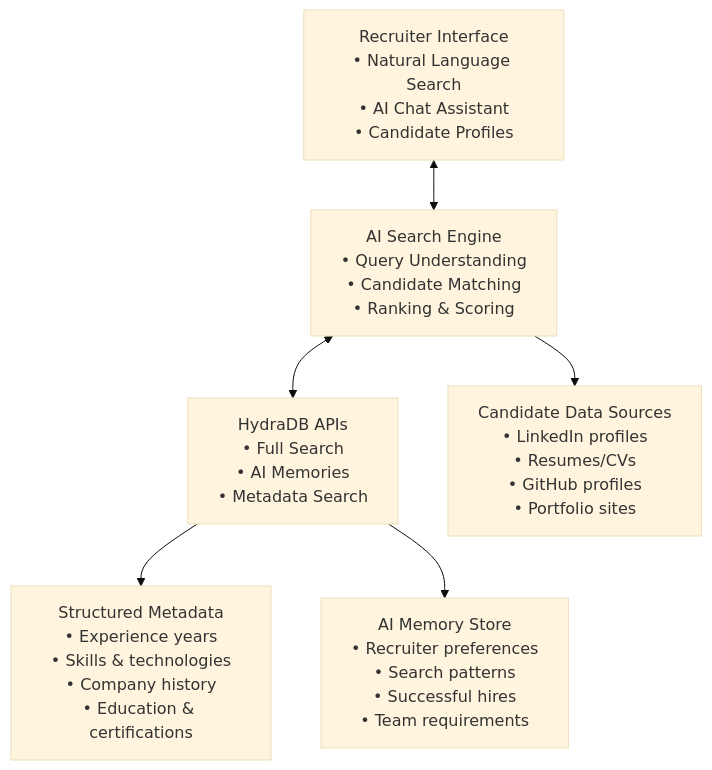
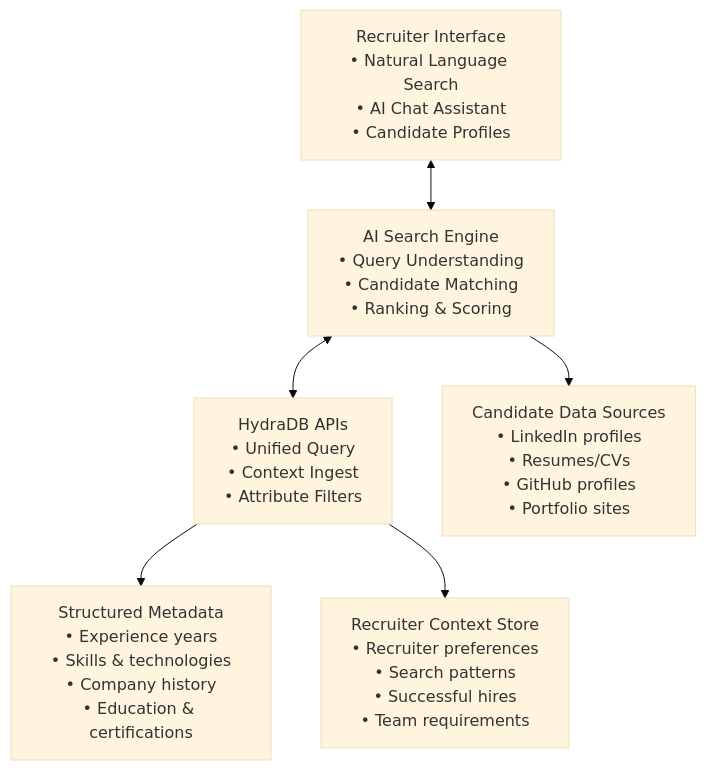
One commit to hydra-db/mintlify-docs changed the diagram in cookbooks/v2/ai-linkedin-recruiter.mdx. Above: the diagram before and after it, drawn with Mermaid (base theme). The commit also changed other lines of this file and 13 other files, not shown here.

First line of the commit message:
docs: rewrite v2 cookbooks for the unified context API, restore Cookbooks tab (PRO-1618)

````diff
--- a/cookbooks/v2/ai-linkedin-recruiter.mdx
+++ b/cookbooks/v2/ai-linkedin-recruiter.mdx
@@ -48,16 +45,16 @@
 ```mermaid
 graph TD
     A["Recruiter Interface<br/>• Natural Language Search<br/>• AI Chat Assistant<br/>• Candidate Profiles"] 
     B["AI Search Engine<br/>• Query Understanding<br/>• Candidate Matching<br/>• Ranking & Scoring"]
-    C["HydraDB APIs<br/>• Full Search<br/>• AI Memories<br/>• Metadata Search"]
+    C["HydraDB APIs<br/>• Unified Query<br/>• Context Ingest<br/>• Attribute Filters"]
     
     D["Candidate Data Sources<br/>• LinkedIn profiles<br/>• Resumes/CVs<br/>• GitHub profiles<br/>• Portfolio sites"]
     E["Structured Metadata<br/>• Experience years<br/>• Skills & technologies<br/>• Company history<br/>• Education & certifications"]
-    F["AI Memory Store<br/>• Recruiter preferences<br/>• Search patterns<br/>• Successful hires<br/>• Team requirements"]
+    F["Recruiter Context Store<br/>• Recruiter preferences<br/>• Search patterns<br/>• Successful hires<br/>• Team requirements"]
     
     A <--> B
     B <--> C
     B --> D
     C --> E
     C --> F
 ```
````
